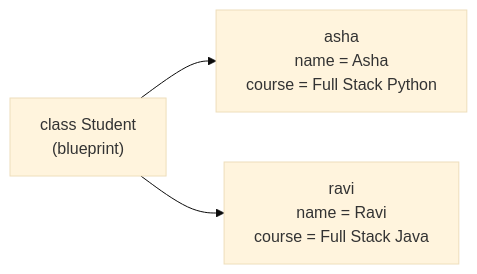
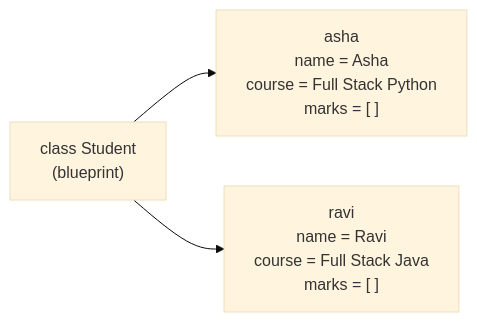
The diagram in docs/python/oop/01-classes-and-objects.md (kyedumati/KASI-FULLSTACK-MATERIAL), drawn with Mermaid (base theme) before and after one commit. The commit also changed other lines of this file and 16 other files, not shown here.

````diff
--- a/docs/python/oop/01-classes-and-objects.md
+++ b/docs/python/oop/01-classes-and-objects.md
@@ -116,5 +123,5 @@
 ```mermaid
 flowchart LR
-  C["class Student<br/>(blueprint)"] --> A["asha<br/>name = Asha<br/>course = Full Stack Python"]
-  C --> R["ravi<br/>name = Ravi<br/>course = Full Stack Java"]
+  C["class Student<br/>(blueprint)"] --> A["asha<br/>name = Asha<br/>course = Full Stack Python<br/>marks = [ ]"]
+  C --> R["ravi<br/>name = Ravi<br/>course = Full Stack Java<br/>marks = [ ]"]
 ```
````
